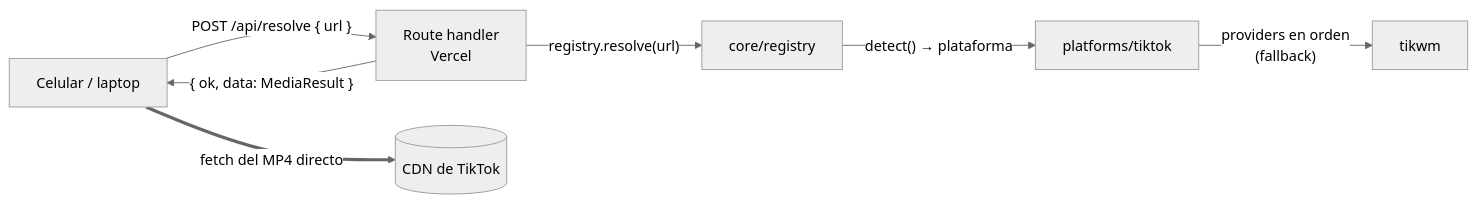
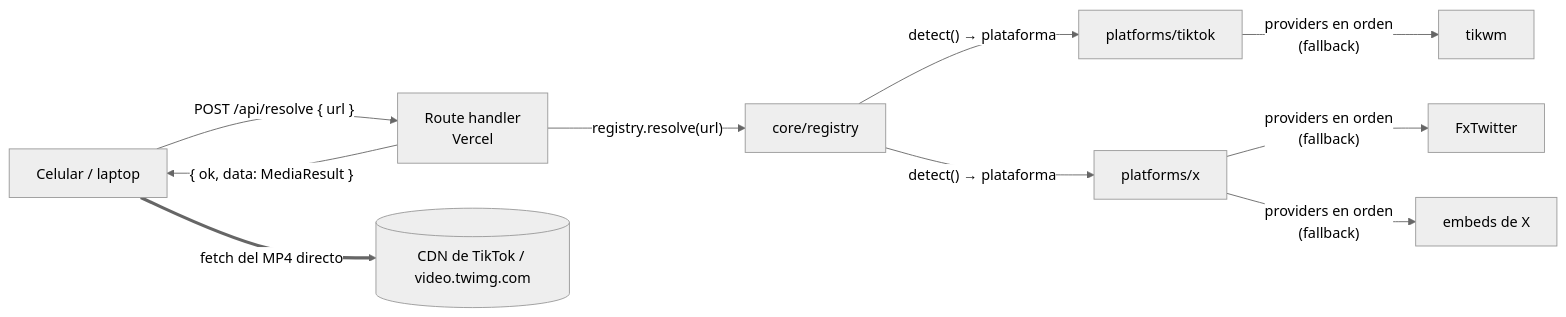
Before and after one commit to franciscoscarrone/giga-down: the diagram in README.md, drawn with Mermaid (neutral theme). The commit also changed other lines of this file, not shown here.

````diff
--- a/README.md
+++ b/README.md
@@ -23,9 +29,11 @@
 ```mermaid
 flowchart LR
   U[Celular / laptop] -- "POST /api/resolve { url }" --> API[Route handler<br/>Vercel]
   API -- "registry.resolve(url)" --> R[core/registry]
   R -- "detect() → plataforma" --> P[platforms/tiktok]
+  R -- "detect() → plataforma" --> X[platforms/x]
   P -- "providers en orden<br/>(fallback)" --> T[tikwm]
+  X -- "providers en orden<br/>(fallback)" --> F[FxTwitter] & S[embeds de X]
   API -- "{ ok, data: MediaResult }" --> U
-  U == "fetch del MP4 directo" ==> CDN[(CDN de TikTok)]
+  U == "fetch del MP4 directo" ==> CDN[(CDN de TikTok / video.twimg.com)]
 ```
````
